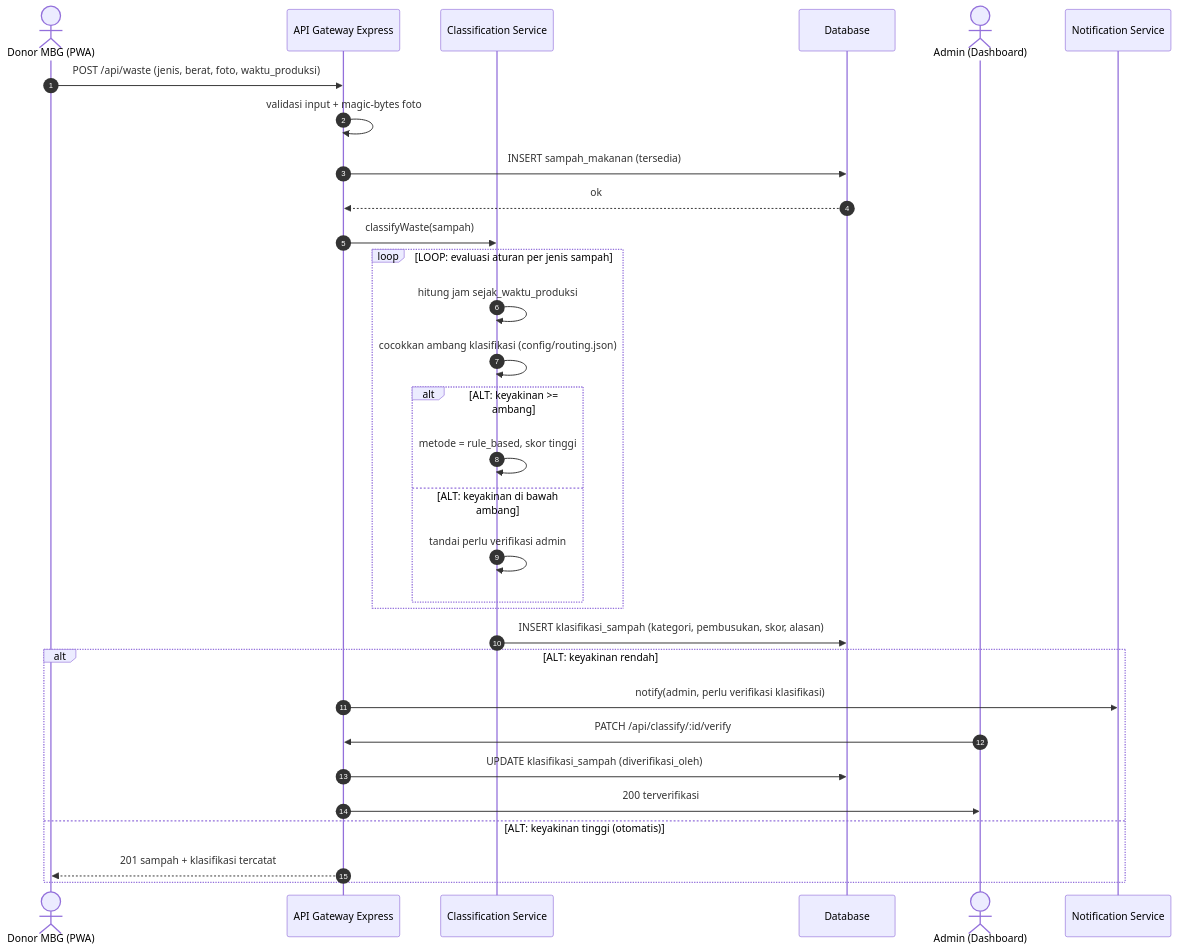
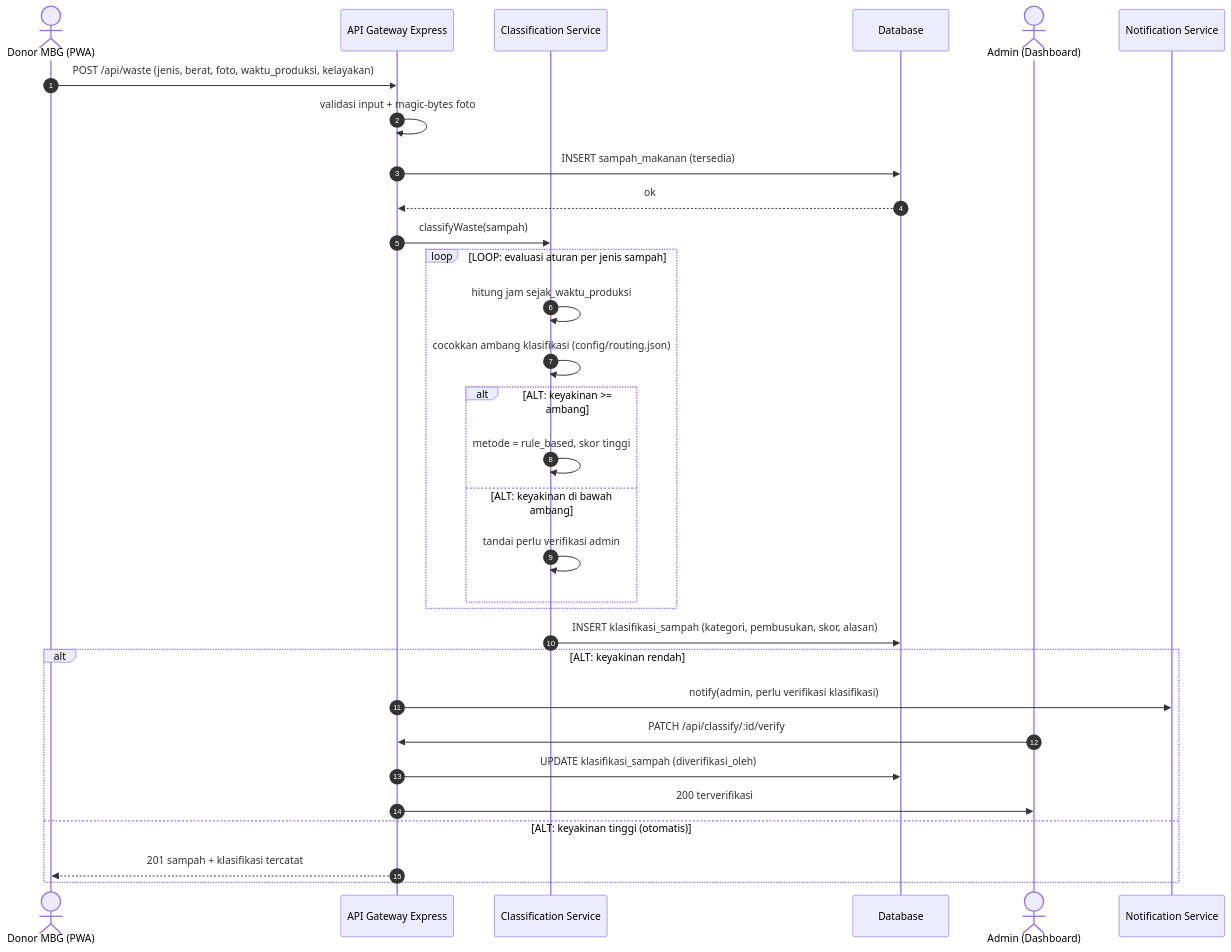
One commit to naylaaurellia18-web/ecomatch changed the seventh of 10 diagrams in docs/arsitektur/Dokumen_Arsitektur_Sistem_EcoMatch_v2.0.md. Above: the diagram before and after it, drawn with Mermaid. The commit also changed other lines of this file and 110 other files, not shown here.

````diff
--- a/docs/arsitektur/Dokumen_Arsitektur_Sistem_EcoMatch_v2.0.md
+++ b/docs/arsitektur/Dokumen_Arsitektur_Sistem_EcoMatch_v2.0.md
@@ -409,36 +411,36 @@
 ```mermaid
 sequenceDiagram
     autonumber
     actor M as Donor MBG (PWA)
     participant API as API Gateway Express
     participant CS as Classification Service
     participant DB as Database
     actor A as Admin (Dashboard)
     participant NS as Notification Service
 
-    M->>API: POST /api/waste (jenis, berat, foto, waktu_produksi)
+    M->>API: POST /api/waste (jenis, berat, foto, waktu_produksi, kelayakan)
     API->>API: validasi input + magic-bytes foto
     API->>DB: INSERT sampah_makanan (tersedia)
     DB-->>API: ok
     API->>CS: classifyWaste(sampah)
 
     loop LOOP: evaluasi aturan per jenis sampah
         CS->>CS: hitung jam sejak_waktu_produksi
         CS->>CS: cocokkan ambang klasifikasi (config/routing.json)
         alt ALT: keyakinan >= ambang
             CS->>CS: metode = rule_based, skor tinggi
         else ALT: keyakinan di bawah ambang
             CS->>CS: tandai perlu verifikasi admin
         end
     end
 
     CS->>DB: INSERT klasifikasi_sampah (kategori, pembusukan, skor, alasan)
     alt ALT: keyakinan rendah
         API->>NS: notify(admin, perlu verifikasi klasifikasi)
         A->>API: PATCH /api/classify/:id/verify
         API->>DB: UPDATE klasifikasi_sampah (diverifikasi_oleh)
         API->>A: 200 terverifikasi
     else ALT: keyakinan tinggi (otomatis)
         API-->>M: 201 sampah + klasifikasi tercatat
     end
 ```
````
